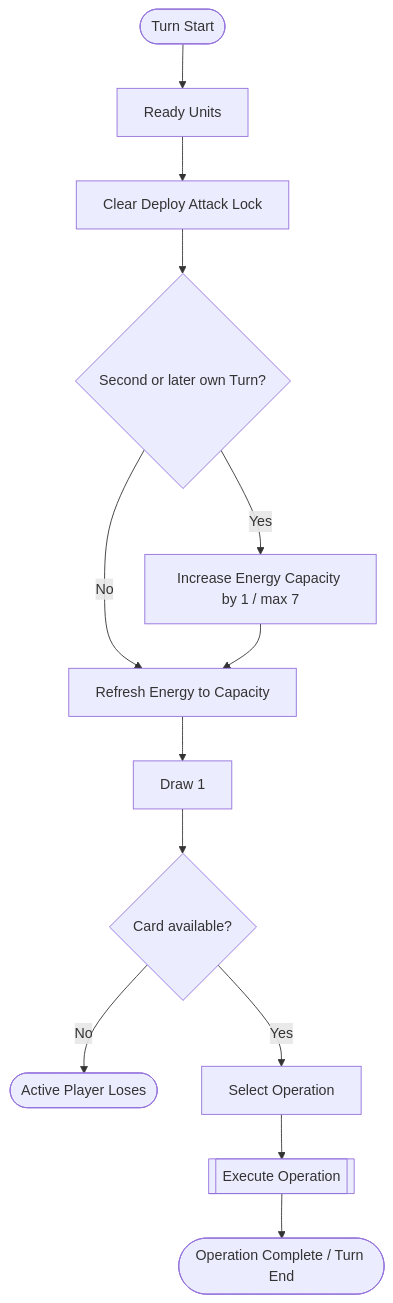
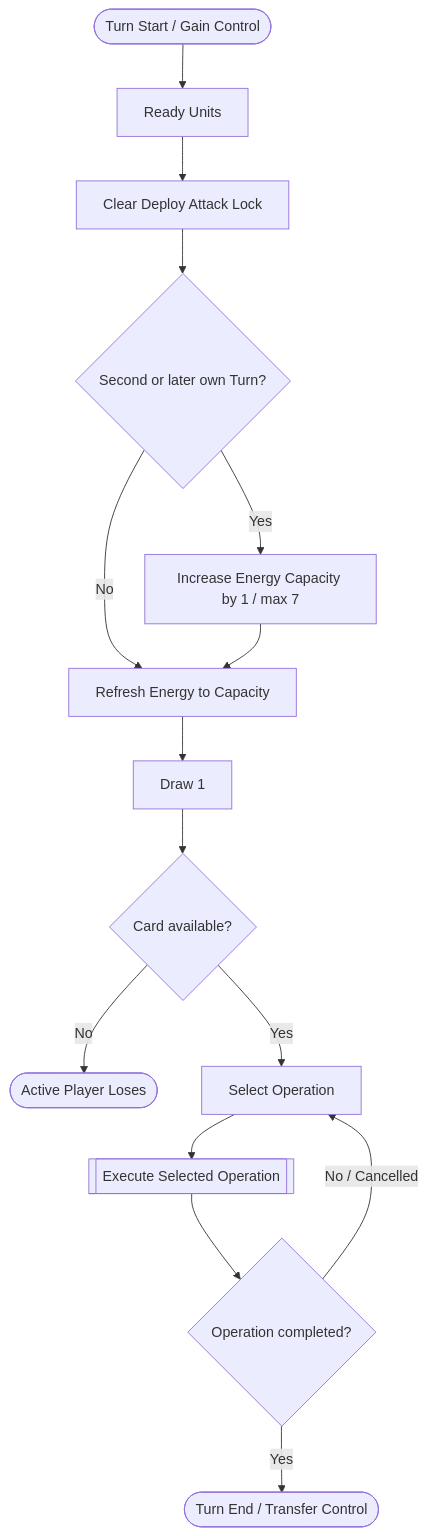
Before and after one commit to kjun1/card-game: the diagram in docs/process/turn-flow.md, drawn with Mermaid. The commit also changed other lines of this file and 8 other files, not shown here.

Commit message:
docs: clarify turn and operation semantics

```diff
--- a/docs/process/turn-flow.md
+++ b/docs/process/turn-flow.md
@@ -30,15 +33,17 @@
 ~~~mermaid
 flowchart TD
-    S([Turn Start]) --> R[Ready Units]
+    S([Turn Start / Gain Control]) --> R[Ready Units]
     R --> L[Clear Deploy Attack Lock]
     L --> C{Second or later own Turn?}
     C -- Yes --> U[Increase Energy Capacity by 1 / max 7]
     C -- No --> E[Refresh Energy to Capacity]
     U --> E
     E --> D[Draw 1]
     D --> Q{Card available?}
     Q -- No --> X([Active Player Loses])
     Q -- Yes --> O[Select Operation]
-    O --> P[[Execute Operation]]
-    P --> F([Operation Complete / Turn End])
+    O --> P[[Execute Selected Operation]]
+    P --> F{Operation completed?}
+    F -- No / Cancelled --> O
+    F -- Yes --> T([Turn End / Transfer Control])
 ~~~
```
